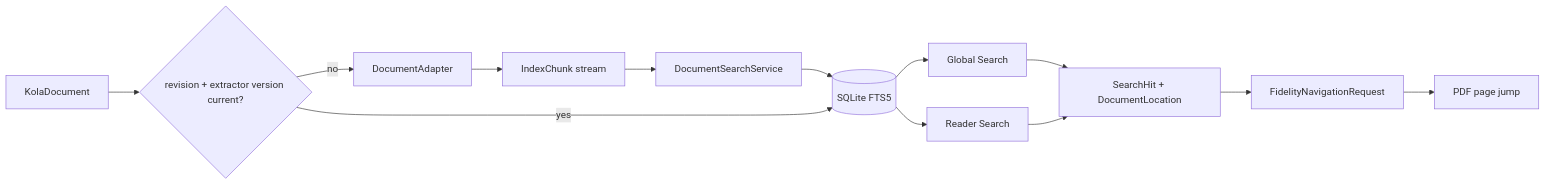
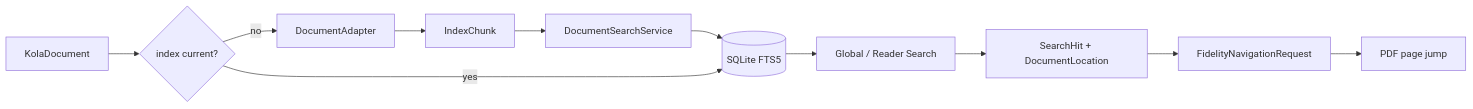
One commit to aaditya140103/kola changed the fifth of 14 diagrams in docs/PROJECT_GRAPH.md. Above: the diagram before and after it, drawn with Mermaid. The commit also changed other lines of this file, not shown here.

Commit message:
Document annotation management data flow

````diff
--- a/docs/PROJECT_GRAPH.md
+++ b/docs/PROJECT_GRAPH.md
@@ -90,20 +90,7 @@
 ```mermaid
 flowchart LR
-    Doc[KolaDocument]
-    Fresh{revision + extractor version current?}
-    Adapter[DocumentAdapter]
-    Chunks[IndexChunk stream]
-    Service[DocumentSearchService]
-    FTS[(SQLite FTS5)]
-    Global[Global Search]
-    Reader[Reader Search]
-    Hit[SearchHit + DocumentLocation]
-    Nav[FidelityNavigationRequest]
-    PDF[PDF page jump]
-
-    Doc --> Fresh
-    Fresh -- no --> Adapter --> Chunks --> Service --> FTS
+    Doc[KolaDocument] --> Fresh{index current?}
+    Fresh -- no --> Adapter[DocumentAdapter] --> Chunks[IndexChunk] --> Service[DocumentSearchService] --> FTS[(SQLite FTS5)]
     Fresh -- yes --> FTS
-    FTS --> Global --> Hit
-    FTS --> Reader --> Hit --> Nav --> PDF
+    FTS --> Search[Global / Reader Search] --> Hit[SearchHit + DocumentLocation] --> Nav[FidelityNavigationRequest] --> PDF[PDF page jump]
 ```
````
